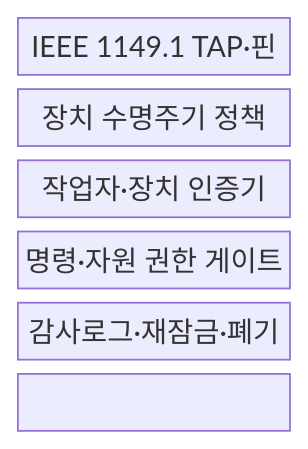
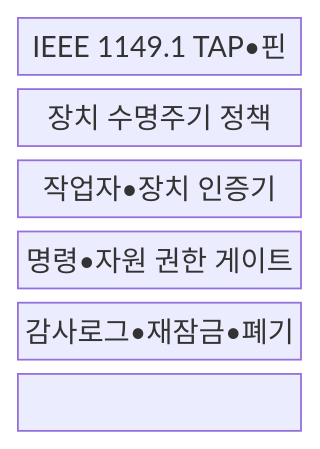
Before and after one commit to agnusdei1207/knowledge-base: the first of 2 diagrams in src/content/docs/notes/05-security/131_jtag_security.md, drawn with Mermaid. The commit also changed other lines of this file and 953 other files, not shown here.

````diff
--- a/src/content/docs/notes/05-security/131_jtag_security.md
+++ b/src/content/docs/notes/05-security/131_jtag_security.md
@@ -66,11 +66,11 @@
 ```mermaid
 block-beta
   columns 1
-  T["IEEE 1149.1 TAP·핀"]
+  T["IEEE 1149.1 TAP•핀"]
   L["장치 수명주기 정책"]
-  A["작업자·장치 인증기"]
-  G["명령·자원 권한 게이트"]
-  R["감사로그·재잠금·폐기"]
+  A["작업자•장치 인증기"]
+  G["명령•자원 권한 게이트"]
+  R["감사로그•재잠금•폐기"]
   T --- L --- A
   A --- G --- R
 ```
````
